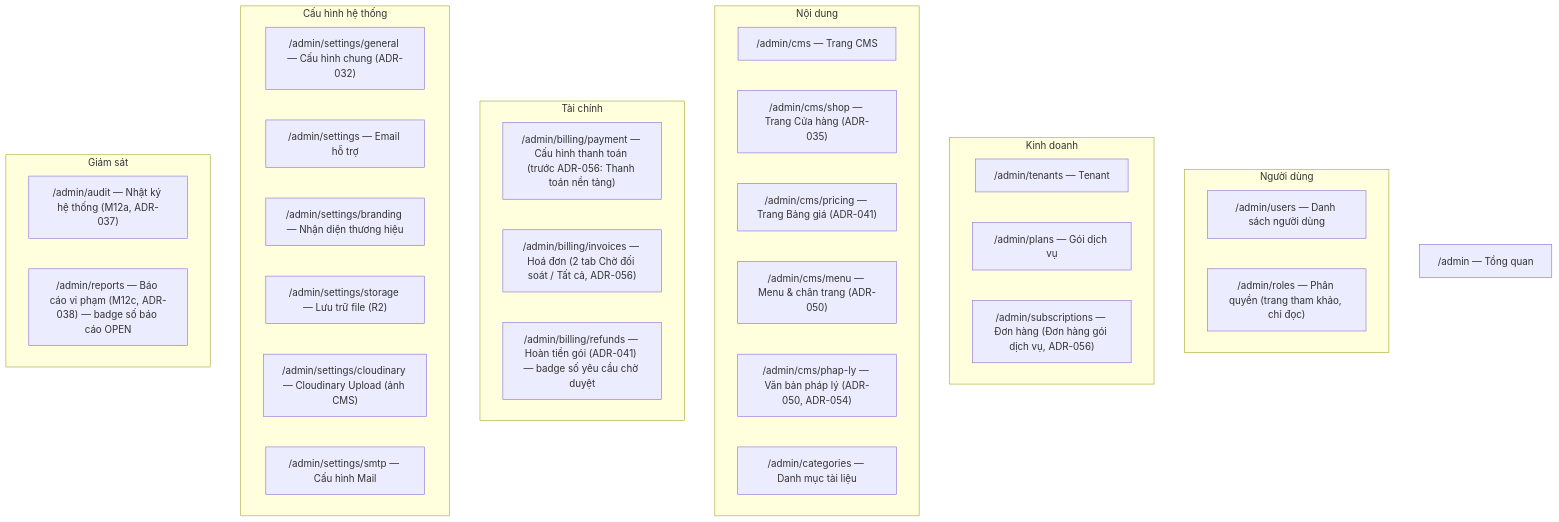
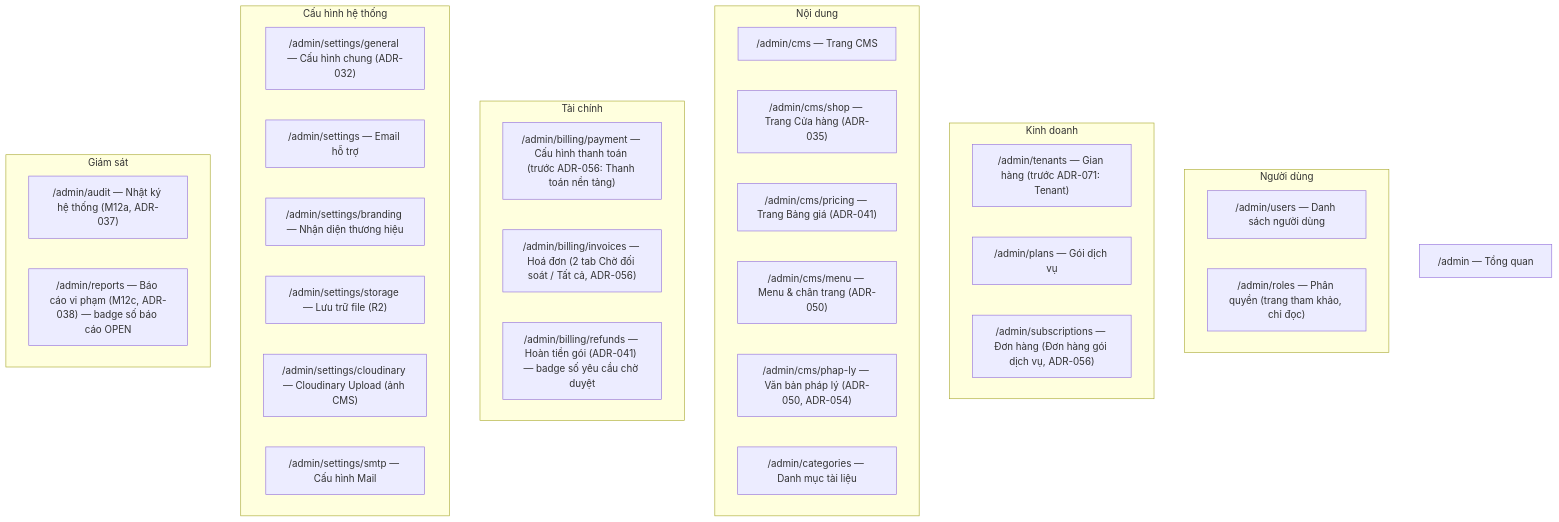
The first of 2 diagrams in obsidian-knowledge-base/02-System-Specs/User-Management-System-Center-Specs.md (vtphong91/gieochu), drawn with Mermaid before and after one commit. The commit also changed other lines of this file and 41 other files, not shown here.

````diff
--- a/obsidian-knowledge-base/02-System-Specs/User-Management-System-Center-Specs.md
+++ b/obsidian-knowledge-base/02-System-Specs/User-Management-System-Center-Specs.md
@@ -43,38 +43,38 @@
 ```mermaid
 flowchart TB
     Root["/admin — Tổng quan"]
     subgraph G1["Người dùng"]
         U1["/admin/users — Danh sách người dùng"]
         U2["/admin/roles — Phân quyền (trang tham khảo, chỉ đọc)"]
     end
     subgraph G2["Kinh doanh"]
-        B1["/admin/tenants — Tenant"]
+        B1["/admin/tenants — Gian hàng (trước ADR-071: Tenant)"]
         B2["/admin/plans — Gói dịch vụ"]
         B3["/admin/subscriptions — Đơn hàng (Đơn hàng gói dịch vụ, ADR-056)"]
     end
     subgraph G3["Nội dung"]
         C1["/admin/cms — Trang CMS"]
         C3["/admin/cms/shop — Trang Cửa hàng (ADR-035)"]
         C4["/admin/cms/pricing — Trang Bảng giá (ADR-041)"]
         C5["/admin/cms/menu — Menu & chân trang (ADR-050)"]
         C6["/admin/cms/phap-ly — Văn bản pháp lý (ADR-050, ADR-054)"]
         C2["/admin/categories — Danh mục tài liệu"]
     end
     subgraph G4["Tài chính"]
         F1["/admin/billing/payment — Cấu hình thanh toán (trước ADR-056: Thanh toán nền tảng)"]
         F2["/admin/billing/invoices — Hoá đơn (2 tab Chờ đối soát / Tất cả, ADR-056)"]
         F3["/admin/billing/refunds — Hoàn tiền gói (ADR-041) — badge số yêu cầu chờ duyệt"]
     end
     subgraph G5["Cấu hình hệ thống"]
         S0["/admin/settings/general — Cấu hình chung (ADR-032)"]
         S1["/admin/settings — Email hỗ trợ"]
         S2["/admin/settings/branding — Nhận diện thương hiệu"]
         S3["/admin/settings/storage — Lưu trữ file (R2)"]
         S4["/admin/settings/cloudinary — Cloudinary Upload (ảnh CMS)"]
         S5["/admin/settings/smtp — Cấu hình Mail"]
     end
     subgraph G6["Giám sát"]
         M1["/admin/audit — Nhật ký hệ thống (M12a, ADR-037)"]
         M2["/admin/reports — Báo cáo vi phạm (M12c, ADR-038) — badge số báo cáo OPEN"]
     end
 ```
````
